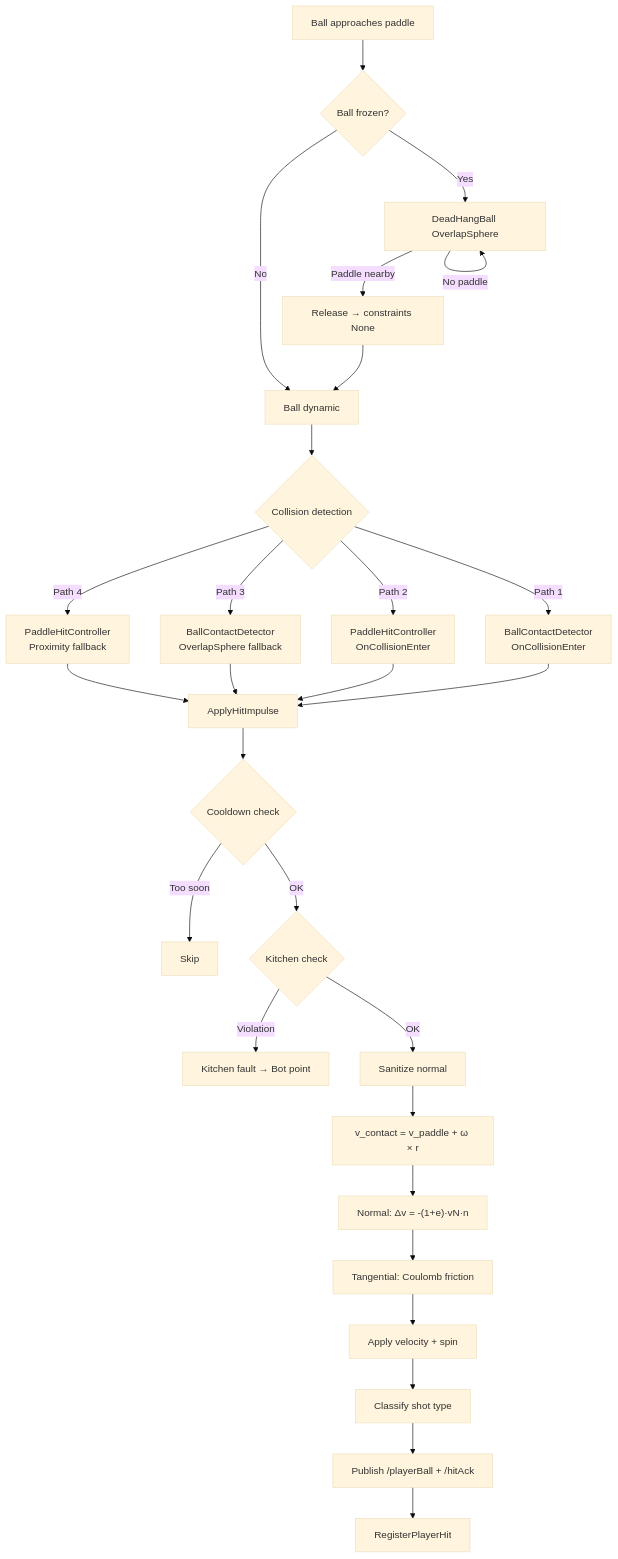
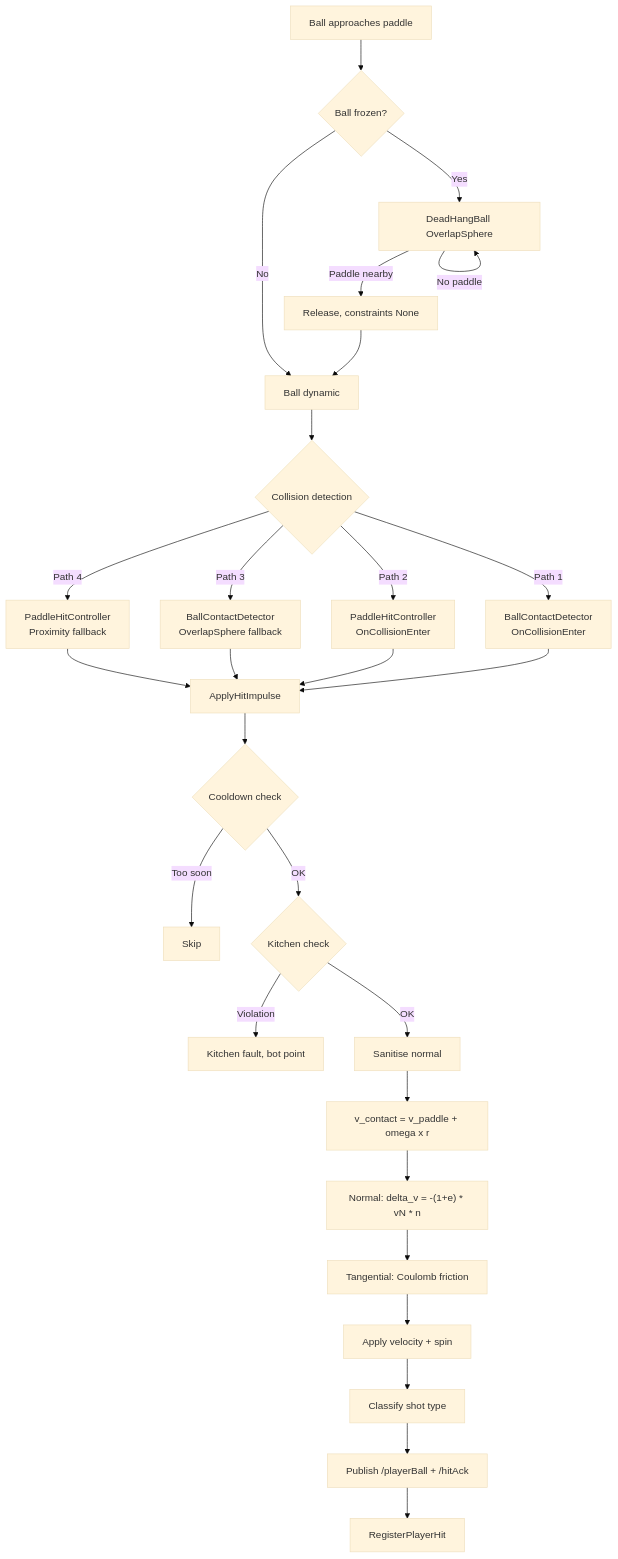
The tenth of 11 diagrams in Docs/UML_Diagrams.md (CG4002-AY2526S2-B03/Capstone_AR_Pickleball_Gameplay), drawn with Mermaid (base theme) before and after one commit. The commit also changed other lines of this file, not shown here.

````diff
--- a/Docs/UML_Diagrams.md
+++ b/Docs/UML_Diagrams.md
@@ -550,36 +556,36 @@
 ```mermaid
 flowchart TD
     A[Ball approaches paddle] --> B{Ball frozen?}
 
     B -->|Yes| C[DeadHangBall OverlapSphere]
-    C -->|Paddle nearby| D[Release → constraints None]
+    C -->|Paddle nearby| D[Release, constraints None]
     D --> E[Ball dynamic]
     C -->|No paddle| C
 
     B -->|No| E
 
     E --> F{Collision detection}
 
     F -->|Path 1| G["BallContactDetector\nOnCollisionEnter"]
     F -->|Path 2| H["PaddleHitController\nOnCollisionEnter"]
     F -->|Path 3| I["BallContactDetector\nOverlapSphere fallback"]
     F -->|Path 4| J["PaddleHitController\nProximity fallback"]
 
     G --> K[ApplyHitImpulse]
     H --> K
     I --> K
     J --> K
 
     K --> L{Cooldown check}
     L -->|Too soon| M[Skip]
     L -->|OK| N{Kitchen check}
-    N -->|Violation| O[Kitchen fault → Bot point]
-    N -->|OK| P[Sanitize normal]
-    P --> Q["v_contact = v_paddle + ω × r"]
-    Q --> R["Normal: Δv = -(1+e)·vN·n"]
+    N -->|Violation| O[Kitchen fault, bot point]
+    N -->|OK| P[Sanitise normal]
+    P --> Q["v_contact = v_paddle + omega x r"]
+    Q --> R["Normal: delta_v = -(1+e) * vN * n"]
     R --> S["Tangential: Coulomb friction"]
     S --> T[Apply velocity + spin]
     T --> U[Classify shot type]
     U --> V["Publish /playerBall + /hitAck"]
     V --> W[RegisterPlayerHit]
 ```
````
